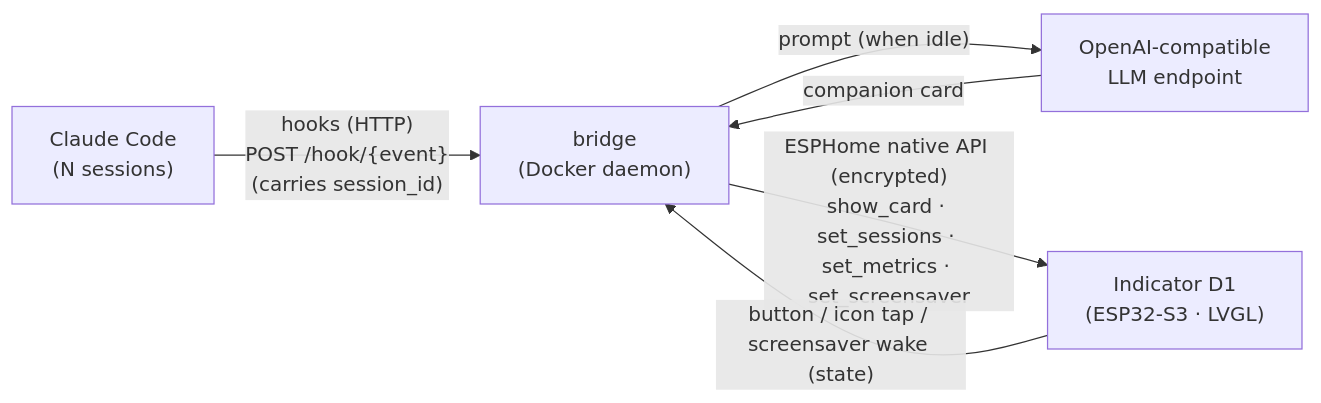
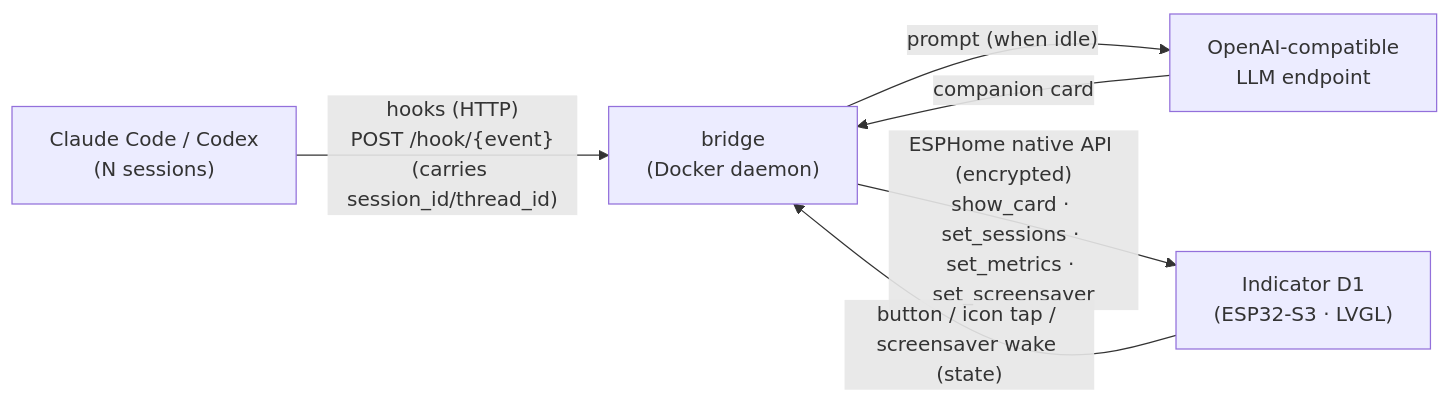
The diagram in README.md (yufeikang/indicator-ai-companion), drawn with Mermaid before and after one commit. The commit also changed other lines of this file and 29 other files, not shown here.

First line of the commit message:
feat: Codex support across firmware/bridge/hooks + demo replay mode

````diff
--- a/README.md
+++ b/README.md
@@ -31,13 +32,13 @@
 ```mermaid
 flowchart LR
-    CC["Claude Code<br/>(N sessions)"]
+    AG["Claude Code / Codex<br/>(N sessions)"]
     BR["bridge<br/>(Docker daemon)"]
     LLM["OpenAI-compatible<br/>LLM endpoint"]
     DEV["Indicator D1<br/>(ESP32-S3 · LVGL)"]
 
-    CC -- "hooks (HTTP)<br/>POST /hook/{event}<br/>(carries session_id)" --> BR
+    AG -- "hooks (HTTP)<br/>POST /hook/{event}<br/>(carries session_id/thread_id)" --> BR
     BR -- "prompt (when idle)" --> LLM
     LLM -- "companion card" --> BR
     BR -- "ESPHome native API (encrypted)<br/>show_card · set_sessions · set_metrics · set_screensaver" --> DEV
     DEV -- "button / icon tap / screensaver wake (state)" --> BR
 ```
````
